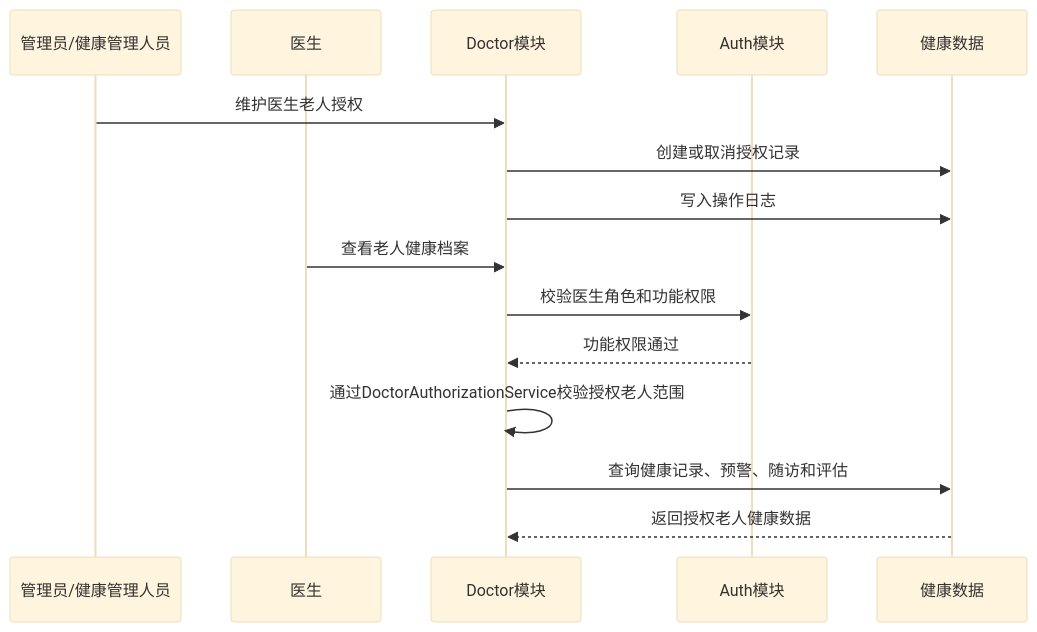
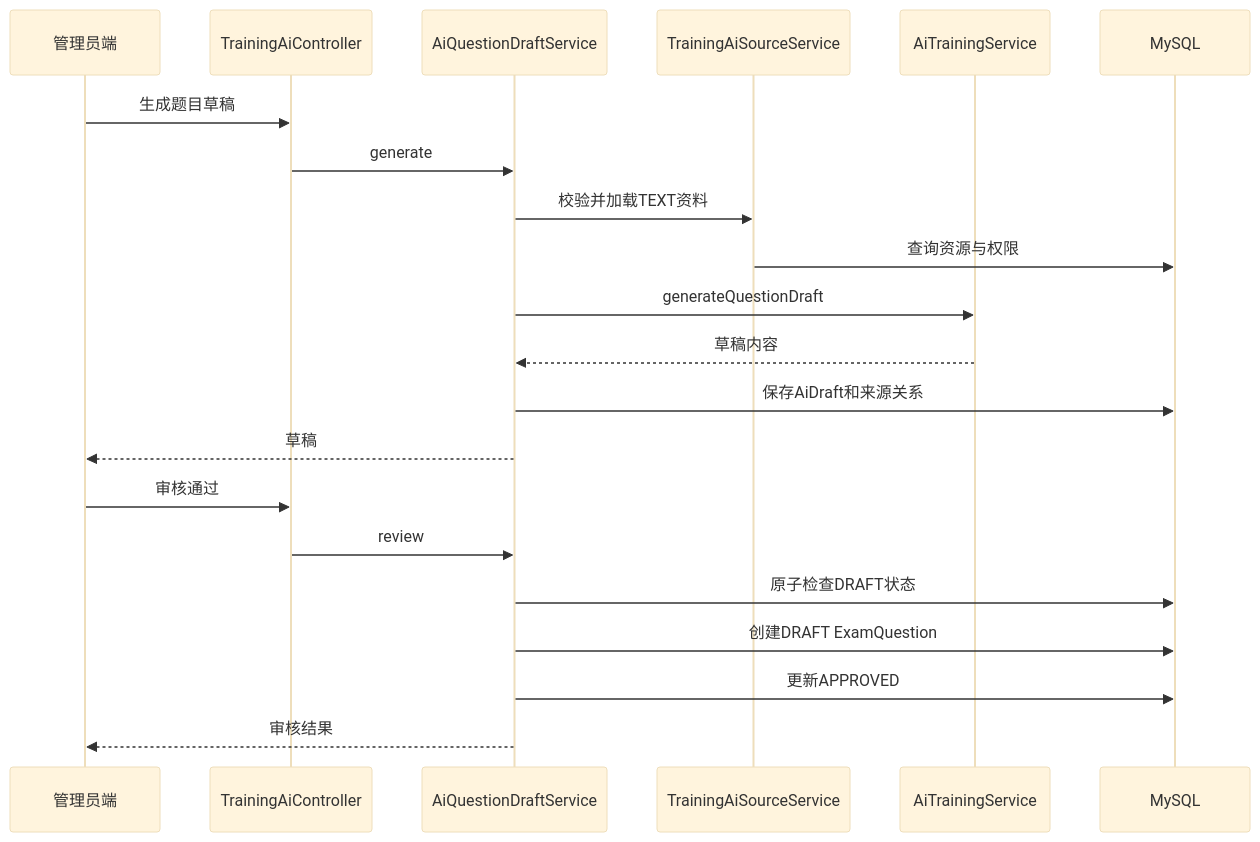
Before and after one commit to thesantaana/Care-Nexus: the seventh of 11 diagrams in docs/design/系统分析与设计模型.md, drawn with Mermaid (base theme). The commit also changed other lines of this file, not shown here.

````diff
--- a/docs/design/系统分析与设计模型.md
+++ b/docs/design/系统分析与设计模型.md
@@ -257,17 +171,24 @@
 ```mermaid
 sequenceDiagram
-    participant M as 管理员/健康管理人员
-    participant D as 医生
-    participant Doctor as Doctor模块
-    participant Auth as Auth模块
-    participant DB as 健康数据
-    M->>Doctor: 维护医生老人授权
-    Doctor->>DB: 创建或取消授权记录
-    Doctor->>DB: 写入操作日志
-    D->>Doctor: 查看老人健康档案
-    Doctor->>Auth: 校验医生角色和功能权限
-    Auth-->>Doctor: 功能权限通过
-    Doctor->>Doctor: 通过DoctorAuthorizationService校验授权老人范围
-    Doctor->>DB: 查询健康记录、预警、随访和评估
-    DB-->>Doctor: 返回授权老人健康数据
+    participant A as 管理员端
+    participant C as TrainingAiController
+    participant S as AiQuestionDraftService
+    participant R as TrainingAiSourceService
+    participant M as AiTrainingService
+    participant D as MySQL
+
+    A->>C: 生成题目草稿
+    C->>S: generate
+    S->>R: 校验并加载TEXT资料
+    R->>D: 查询资源与权限
+    S->>M: generateQuestionDraft
+    M-->>S: 草稿内容
+    S->>D: 保存AiDraft和来源关系
+    S-->>A: 草稿
+    A->>C: 审核通过
+    C->>S: review
+    S->>D: 原子检查DRAFT状态
+    S->>D: 创建DRAFT ExamQuestion
+    S->>D: 更新APPROVED
+    S-->>A: 审核结果
 ```
````
